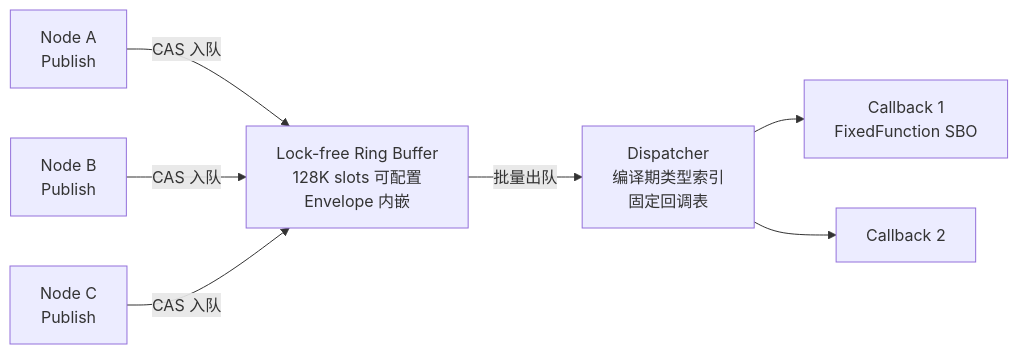
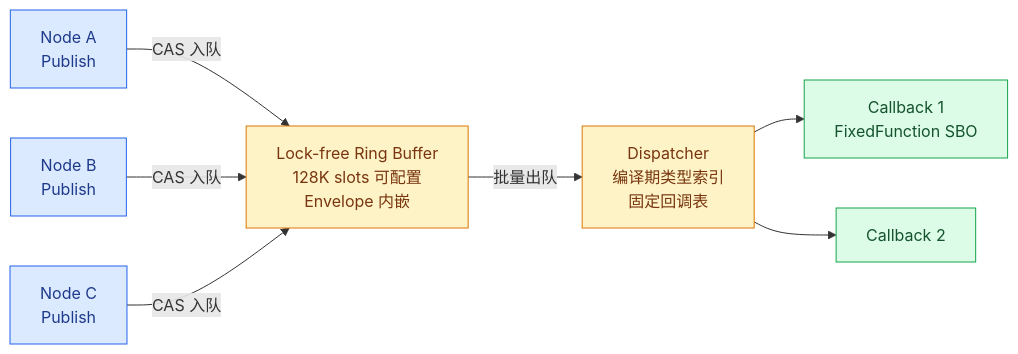
The third of 9 diagrams in content/posts/architecture/embedded_streaming_data_architecture.md (DeguiLiu/tech-notes), drawn with Mermaid before and after one commit. The commit also changed other lines of this file and 16 other files, not shown here.

First line of the commit message:
story-docs(blog): de-AI architecture and pattern posts, add project links

````diff
--- a/content/posts/architecture/embedded_streaming_data_architecture.md
+++ b/content/posts/architecture/embedded_streaming_data_architecture.md
@@ -153,9 +169,15 @@
 ```mermaid
 flowchart LR
     P1["Node A\nPublish"] -->|CAS 入队| RB["Lock-free Ring Buffer\n128K slots 可配置\nEnvelope 内嵌"]
     P2["Node B\nPublish"] -->|CAS 入队| RB
     P3["Node C\nPublish"] -->|CAS 入队| RB
     RB -->|批量出队| DISP["Dispatcher\n编译期类型索引\n固定回调表"]
     DISP --> CB1["Callback 1\nFixedFunction SBO"]
     DISP --> CB2["Callback 2"]
+    classDef pub fill:#dbeafe,stroke:#2563eb,color:#1e3a8a
+    classDef buf fill:#fef3c7,stroke:#d97706,color:#78350f
+    classDef cb fill:#dcfce7,stroke:#16a34a,color:#14532d
+    class P1,P2,P3 pub
+    class RB,DISP buf
+    class CB1,CB2 cb
 ```
````
